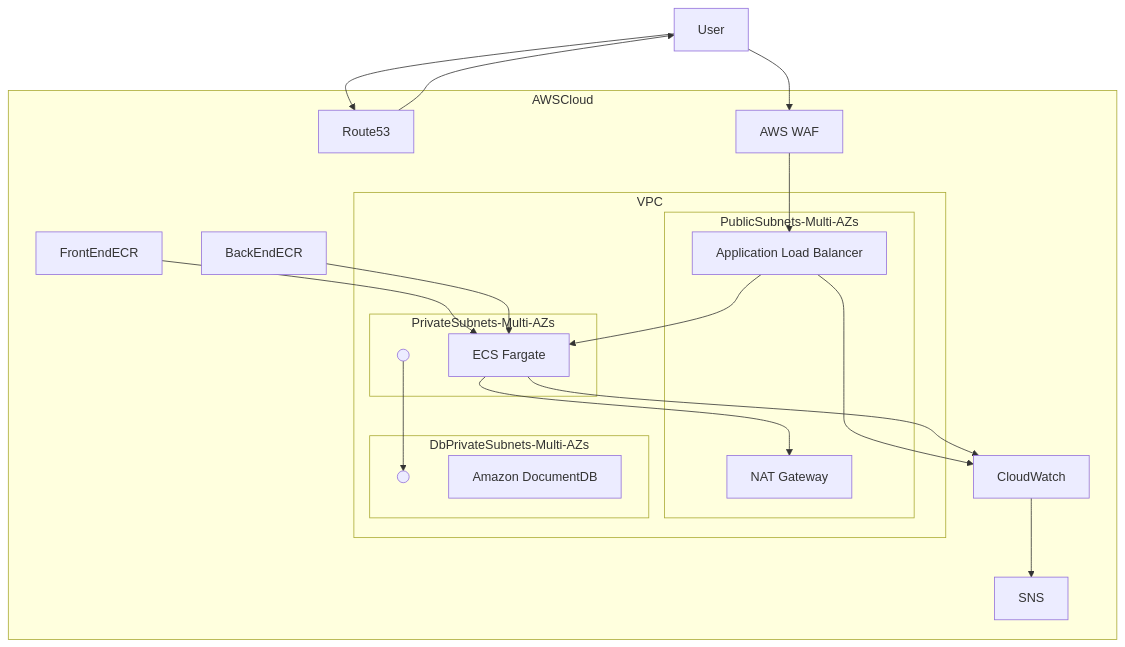
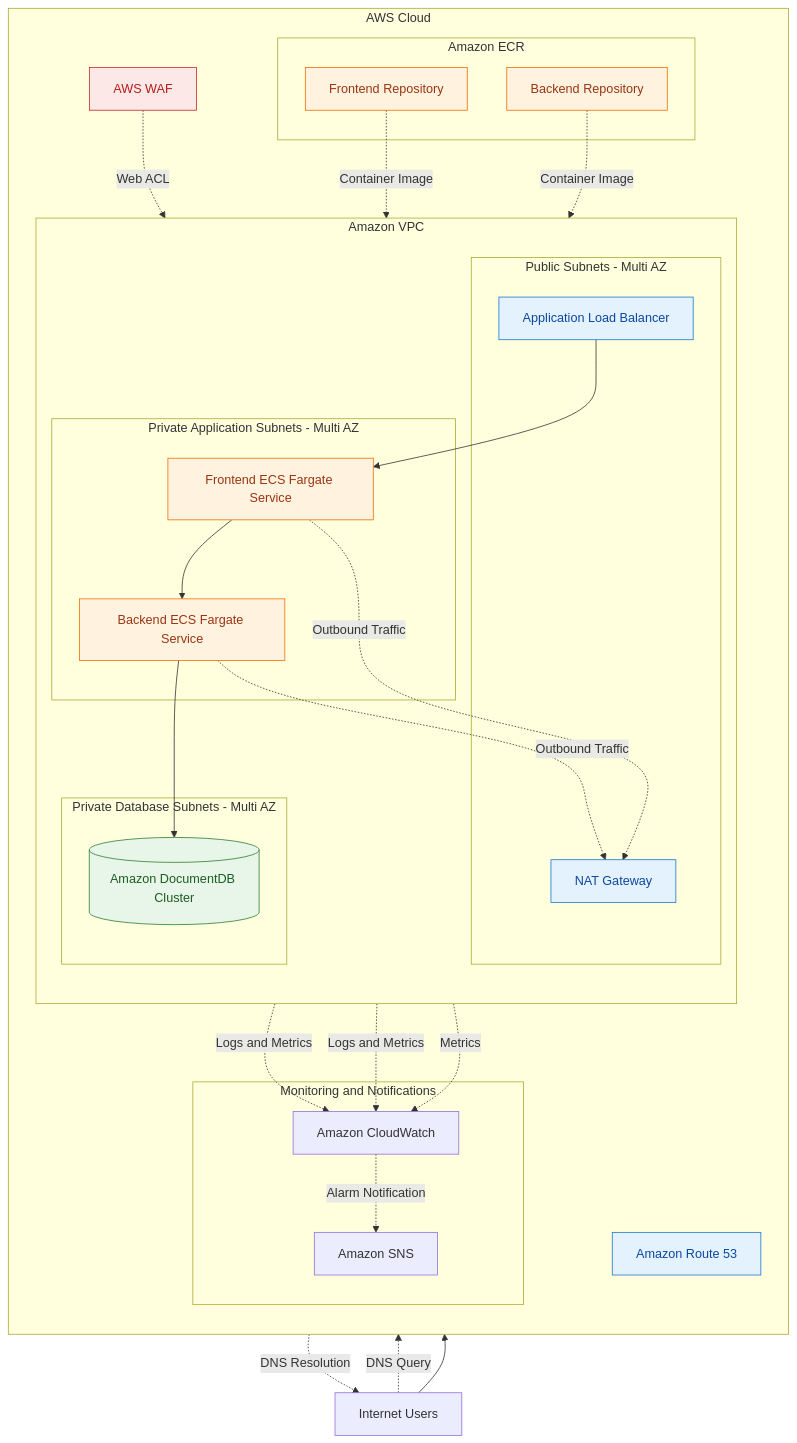
The first of 4 diagrams in README.md (phyomauk/terraform-my-web-application), drawn with Mermaid before and after one commit.

Commit message:
updated diagram in readme

````diff
--- a/README.md
+++ b/README.md
@@ -148,46 +148,72 @@
 ```mermaid
-graph TB
 
-   User
-   subgraph AWSCloud
-         Route53
-         WAF[AWS WAF]
-         CloudWatch["CloudWatch"]
-         SNS["SNS"]   
-         FrontEndECR
-         BackEndECR
-      
-         subgraph VPC
-            subgraph PublicSubnets-Multi-AZs
-               ALB["Application Load Balancer"]
-               NAT["NAT Gateway"]
+   flowchart TB
+    User["Internet Users"]
+
+    subgraph AWS["AWS Cloud"]
+        direction TB
+
+        Route53["Amazon Route 53"]
+        WAF["AWS WAF"]
+
+        subgraph VPC["Amazon VPC"]
+            direction TB
+
+            subgraph Public["Public Subnets - Multi AZ"]
+                ALB["Application Load Balancer"]
+                NAT["NAT Gateway"]
             end
 
-            subgraph PrivateSubnets-Multi-AZs
-               A(( ))
-               ECS["ECS Fargate"]
+            subgraph Private["Private Application Subnets - Multi AZ"]
+                FE["Frontend ECS Fargate Service"]
+                BE["Backend ECS Fargate Service"]
             end
 
-            subgraph DbPrivateSubnets-Multi-AZs
-               B(( ))
-               DocDB["Amazon DocumentDB"]
+            subgraph Database["Private Database Subnets - Multi AZ"]
+                DocDB[("Amazon DocumentDB Cluster")]
             end
 
-         end
-         WAF --> ALB
-         ALB --> ECS
-         A --> B
+        end
 
-         FrontEndECR --> ECS
-         BackEndECR --> ECS
+        subgraph ECR["Amazon ECR"]
+            FrontECR["Frontend Repository"]
+            BackECR["Backend Repository"]
+        end
 
+        subgraph Monitoring["Monitoring and Notifications"]
+            CW["Amazon CloudWatch"]
+            SNS["Amazon SNS"]
+        end
+    end
 
-         ECS --> NAT
-         ECS --> CloudWatch
-         ALB --> CloudWatch
-         CloudWatch --> SNS
-   end      
-   User --> Route53
-   Route53 --> User
-   User --> WAF
+    User -. "DNS Query" .-> Route53
+    Route53 -. "DNS Resolution" .-> User
+
+    User --> ALB
+    WAF -. "Web ACL" .-> ALB
+
+    ALB --> FE
+    FE --> BE
+    BE --> DocDB
+
+    FrontECR -. "Container Image" .-> FE
+    BackECR -. "Container Image" .-> BE
+
+    FE -. "Outbound Traffic" .-> NAT
+    BE -. "Outbound Traffic" .-> NAT
+
+    FE -. "Logs and Metrics" .-> CW
+    BE -. "Logs and Metrics" .-> CW
+    ALB -. "Metrics" .-> CW
+    CW -. "Alarm Notification" .-> SNS
+
+    classDef networking fill:#e3f2fd,stroke:#1976d2,color:#0d47a1
+    classDef compute fill:#fff3e0,stroke:#ef6c00,color:#9a3412
+    classDef database fill:#e8f5e9,stroke:#2e7d32,color:#1b5e20
+    classDef security fill:#fce8e6,stroke:#c62828,color:#b71c1c
+
+    class ALB,NAT,Route53 networking
+    class FE,BE,FrontECR,BackECR compute
+    class DocDB database
+    class WAF security
 ```
````
